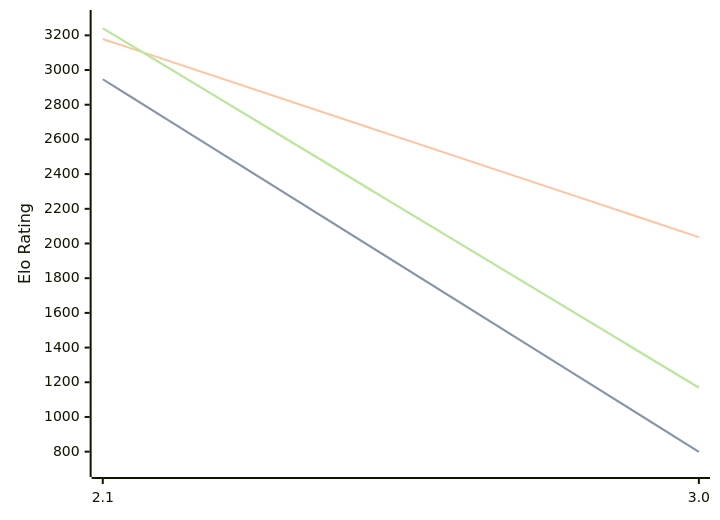
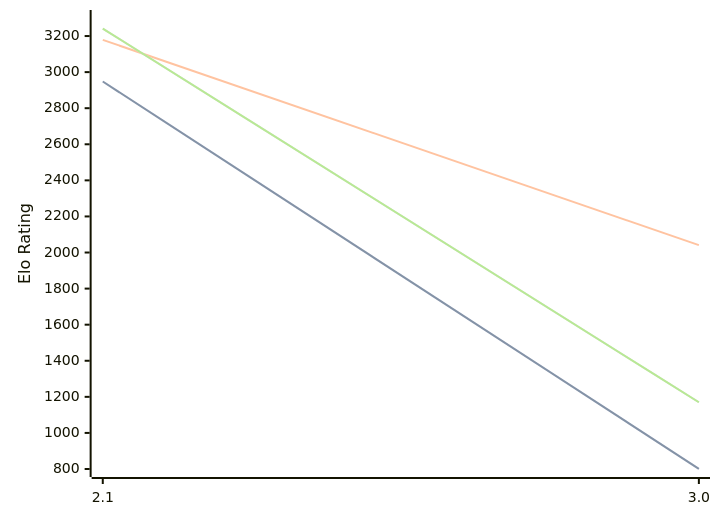
One commit to computer-chess-index/cci changed the diagram in engines/Quirky.md. Above: the diagram before and after it, drawn with Mermaid. The commit also changed other lines of this file, not shown here.

Commit message:
Update CCI Ratings (ELO VLTC) - 2026-07-25

````diff
--- a/engines/Quirky.md
+++ b/engines/Quirky.md
@@ -34,11 +34,11 @@
 ```mermaid
 %%{init: {"theme":"base","themeVariables":{"seriesColors:['#a3a3a3','#222221','#faa371']}}}%%
 xychart-beta
   x-axis ["2.1", "3.0"]
-  y-axis "Elo Rating" 700 --> 3300
-  line "STC (8.0+0.08s)" [2947, 799]
-  line "STC (8.0+0.08s)" [2947, 799]
-  line "LTC (60.0+0.60s)" [3179, 2037]
-  line "VLTC (2m24s+1.12s)" [3241, 1169]
-  line "VLTC (2m24s+1.12s)" [3241, 1169]
+  y-axis "Elo Rating" 800 --> 3300
+  line "STC (8.0+0.08s)" [2948, 801]
+  line "STC (8.0+0.08s)" [2948, 801]
+  line "LTC (60.0+0.60s)" [3179, 2041]
+  line "VLTC (2m24s+1.12s)" [3241, 1170]
+  line "VLTC (2m24s+1.12s)" [3241, 1170]
 ```
````
